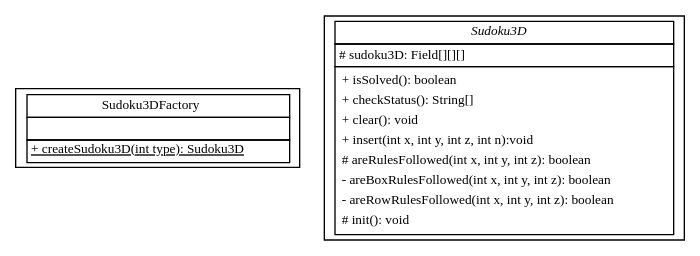
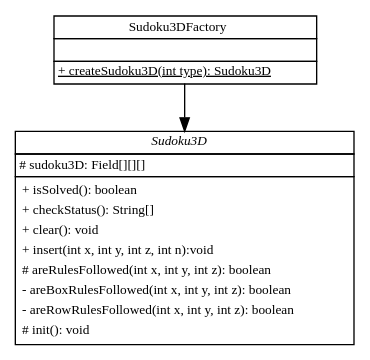
Before and after one commit to Mavpotter/Sudoku3D: the diagram in doc/classdiagram.dot, drawn with Graphviz.

Commit message:
changed shape of nodes

```diff
--- a/doc/classdiagram.dot
+++ b/doc/classdiagram.dot
@@ -1,61 +1,63 @@
 digraph G {
     fontname = "Bitstream Vera Sans"
     fontsize = 8
 
     node [
         fontname = "Bitstream Vera Sans"
         fontsize = 10
-        shape = "record"
+        shape = none width=0 height=0 margin=0
     ]
 
     edge [
         fontname = "Bitstream Vera Sans"
         fontsize = 10
     ]
 
     subgraph packagemodel{
 
         sudoku3dfactory [
             label =
             <<table border="0" cellspacing="0" cellborder="1">
                 <tr>
                     <td>Sudoku3DFactory</td>
                 </tr>
                 <tr>
                     <td>
                     </td>
                 </tr>
                 <tr>
                     <td><u>+ createSudoku3D(int type): Sudoku3D</u></td>
                 </tr>
             </table>>
         ]
 
         sudoku3d [
             label =
             <<table border="0" cellspacing="0" cellborder="1">
                 <tr>
                     <td><i>Sudoku3D</i></td>
                 </tr>
                 <tr>
                     <td align="left"># sudoku3D: Field[][][]</td>
                 </tr>
                 <tr>
                     <td>
                         <table border="0" cellspacing="0" cellborder="0">
                             <tr><td align="left">+ isSolved(): boolean</td></tr>
                             <tr><td align="left">+ checkStatus(): String[]</td></tr>
                             <tr><td align="left">+ clear(): void</td></tr>
                             <tr><td align="left">+ insert(int x, int y, int z, int n):void</td></tr>
                             <tr><td align="left"># areRulesFollowed(int x, int y, int z): boolean</td></tr>
                             <tr><td align="left">- areBoxRulesFollowed(int x, int y, int z): boolean</td></tr>
                             <tr><td align="left">- areRowRulesFollowed(int x, int y, int z): boolean</td></tr>
                             <tr><td align="left"># init(): void</td></tr>
                         </table>
                     </td>
                 </tr>
             </table>>
         ]
 
+        sudoku3dfactory -> sudoku3d
+
     }
 }
```
